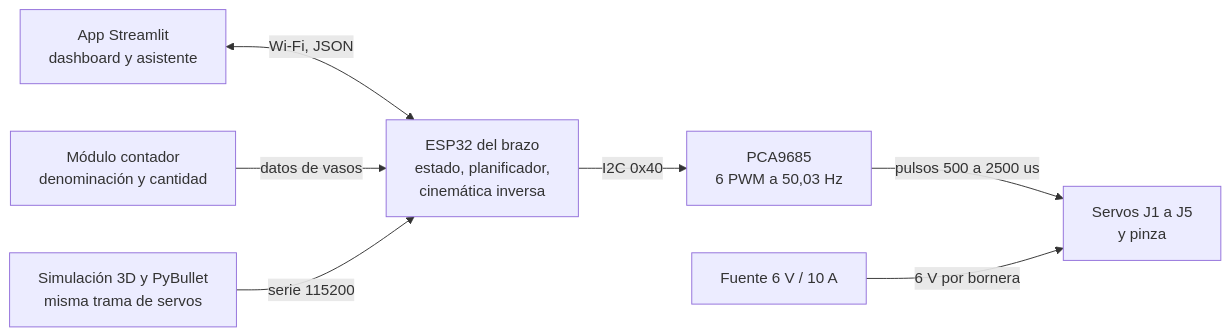
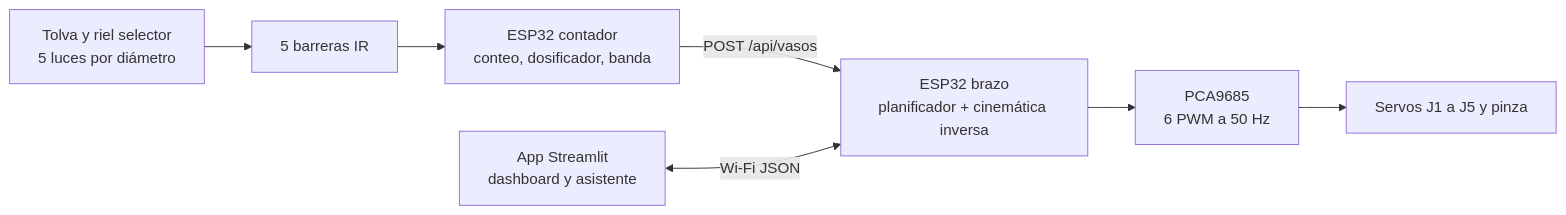
Before and after one commit to Johan-C777/coin-sorting-robot-pybullet: the diagram in README.md, drawn with Mermaid. The commit also changed other lines of this file and 8 other files, not shown here.

````diff
--- a/README.md
+++ b/README.md
@@ -79,17 +27,14 @@
 ```mermaid
 flowchart LR
+    TOL["Tolva y riel selector<br/>5 luces por diámetro"]
+    IR["5 barreras IR"]
+    C["ESP32 contador<br/>conteo, dosificador, banda"]
+    B["ESP32 brazo<br/>planificador + cinemática inversa"]
+    PCA["PCA9685<br/>6 PWM a 50 Hz"]
     APP["App Streamlit<br/>dashboard y asistente"]
-    CONT["Módulo contador<br/>denominación y cantidad"]
-    ESP["ESP32 del brazo<br/>estado, planificador,<br/>cinemática inversa"]
-    PCA["PCA9685<br/>6 PWM a 50,03 Hz"]
-    SRV["Servos J1 a J5<br/>y pinza"]
-    FTE["Fuente 6 V / 10 A"]
-    SIM["Simulación 3D y PyBullet<br/>misma trama de servos"]
 
-    APP <-->|"Wi-Fi, JSON"| ESP
-    CONT -->|"datos de vasos"| ESP
-    SIM -->|"serie 115200"| ESP
-    ESP -->|"I2C 0x40"| PCA
-    PCA -->|"pulsos 500 a 2500 us"| SRV
-    FTE -->|"6 V por bornera"| SRV
+    TOL --> IR --> C
+    C -->|"POST /api/vasos"| B
+    APP <-->|"Wi-Fi JSON"| B
+    B --> PCA --> SRV["Servos J1 a J5 y pinza"]
 ```
````
